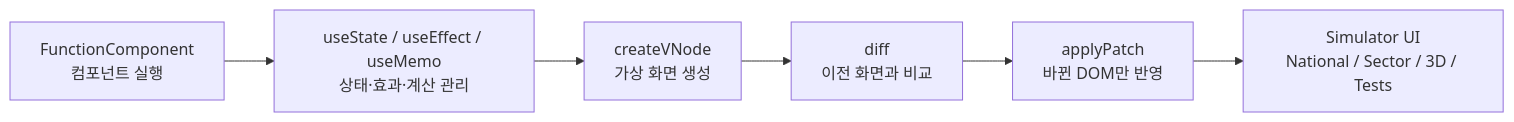
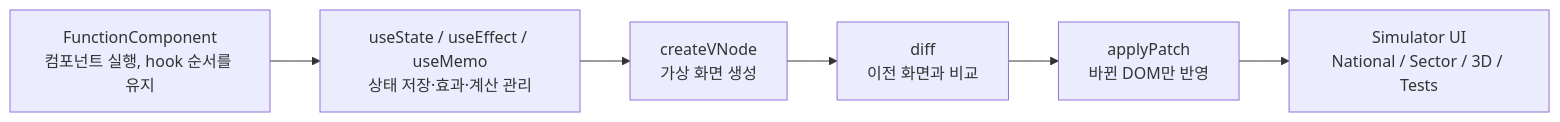
Before and after one commit to robertkim5363-bit/iron-dome-simulator: the first of 3 diagrams in README.md, drawn with Mermaid.

````diff
--- a/README.md
+++ b/README.md
@@ -13,8 +13,8 @@
 ```mermaid
 flowchart LR
-    A["FunctionComponent<br/>컴포넌트 실행"] --> B["useState / useEffect / useMemo<br/>상태·효과·계산 관리"]
+    A["FunctionComponent<br/>컴포넌트 실행, hook 순서를 유지"] --> B["useState / useEffect / useMemo<br/>상태 저장·효과·계산 관리"]
     B --> C["createVNode<br/>가상 화면 생성"]
     C --> D["diff<br/>이전 화면과 비교"]
     D --> E["applyPatch<br/>바뀐 DOM만 반영"]
     E --> F["Simulator UI<br/>National / Sector / 3D / Tests"]
 ```
````
